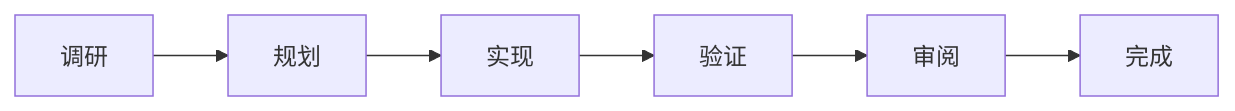
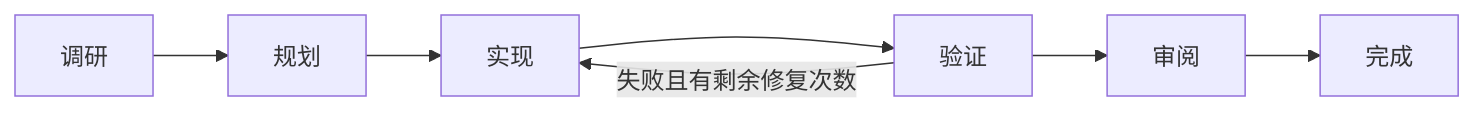
The diagram in README.md (sun-sh/forge-agent), drawn with Mermaid before and after one commit. The commit also changed other lines of this file and 28 other files, not shown here.

````diff
--- a/README.md
+++ b/README.md
@@ -74,8 +65,9 @@
 ```mermaid
 flowchart LR
     Inspect[调研] --> Plan[规划]
     Plan --> Implement[实现]
     Implement --> Verify[验证]
     Verify --> Review[审阅]
     Review --> Complete[完成]
+    Verify -->|失败且有剩余修复次数| Implement
 ```
````
